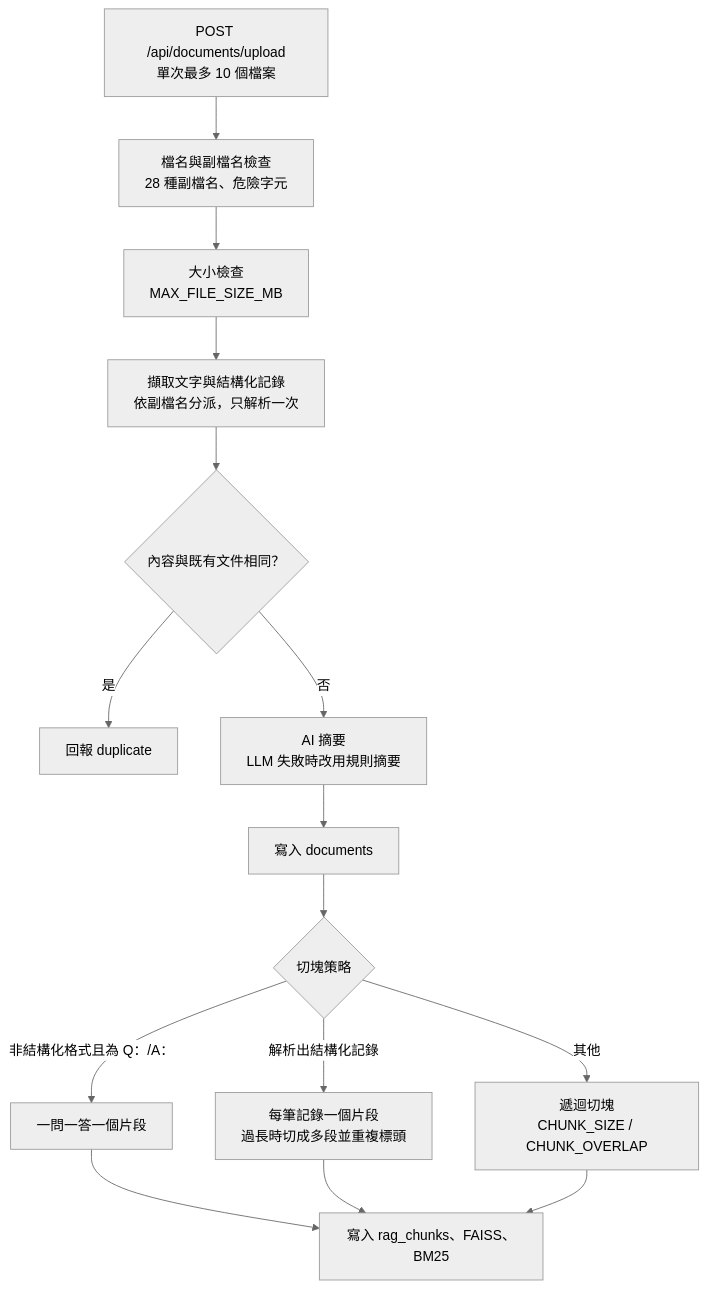
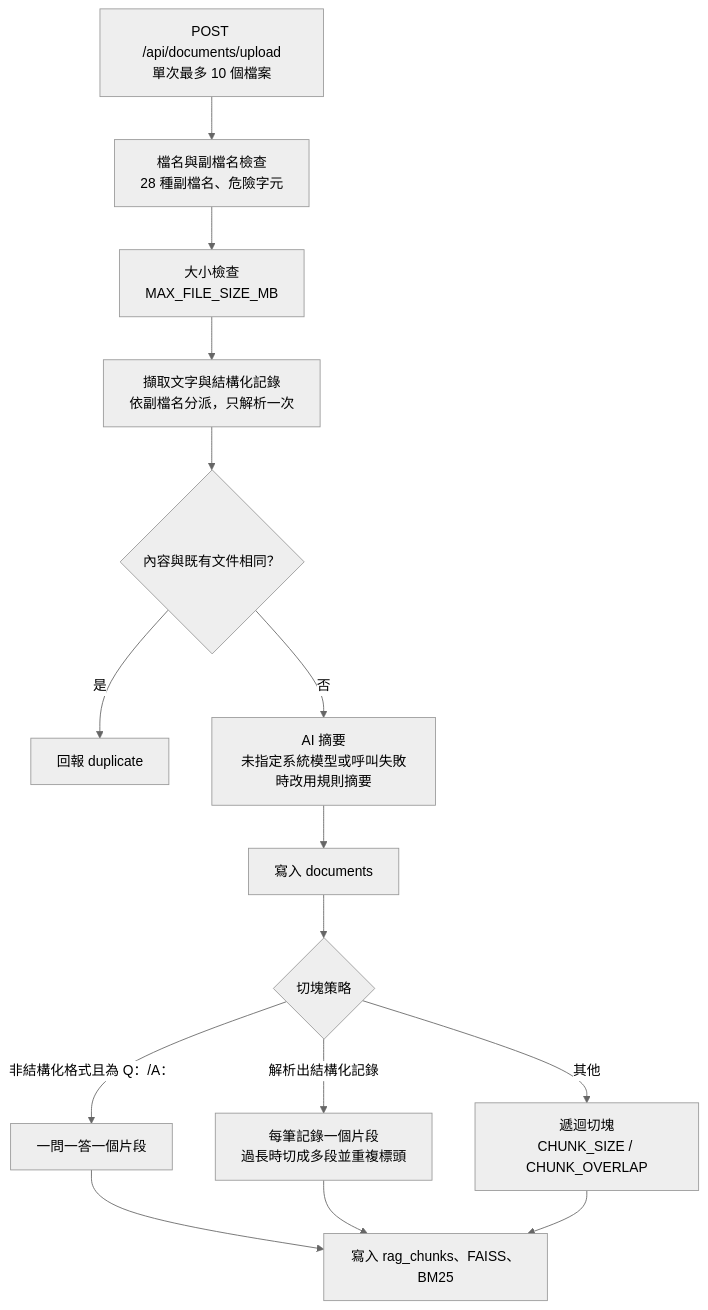
The fourth of 9 diagrams in docs/architecture.md (Scorpio-meow/AskMiao), drawn with Mermaid (neutral theme) before and after one commit. The commit also changed other lines of this file and 163 other files, not shown here.

````diff
--- a/docs/architecture.md
+++ b/docs/architecture.md
@@ -240,15 +241,15 @@
 ```mermaid
 flowchart TB
     Up["POST /api/documents/upload<br/>單次最多 10 個檔案"] --> Name["檔名與副檔名檢查<br/>28 種副檔名、危險字元"]
     Name --> Size["大小檢查<br/>MAX_FILE_SIZE_MB"]
     Size --> Ext["擷取文字與結構化記錄<br/>依副檔名分派，只解析一次"]
     Ext --> Dup{"內容與既有文件相同？"}
     Dup -->|是| Skip["回報 duplicate"]
-    Dup -->|否| Sum["AI 摘要<br/>LLM 失敗時改用規則摘要"]
+    Dup -->|否| Sum["AI 摘要<br/>未指定系統模型或呼叫失敗時改用規則摘要"]
     Sum --> Save["寫入 documents"]
     Save --> Split{"切塊策略"}
     Split -->|解析出結構化記錄| Rec["每筆記錄一個片段<br/>過長時切成多段並重複標頭"]
     Split -->|非結構化格式且為 Q：/A：| QA["一問一答一個片段"]
     Split -->|其他| Rcs["遞迴切塊<br/>CHUNK_SIZE / CHUNK_OVERLAP"]
     QA & Rec & Rcs --> Index["寫入 rag_chunks、FAISS、BM25"]
 ```
````
